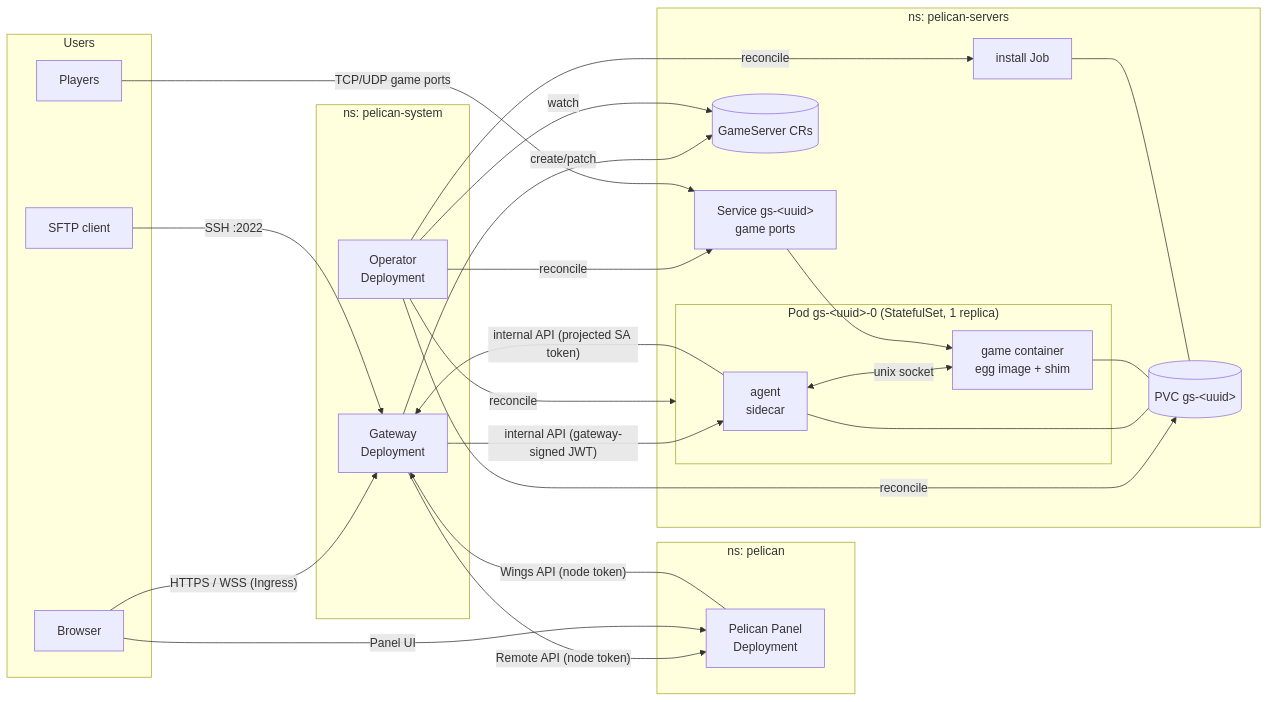
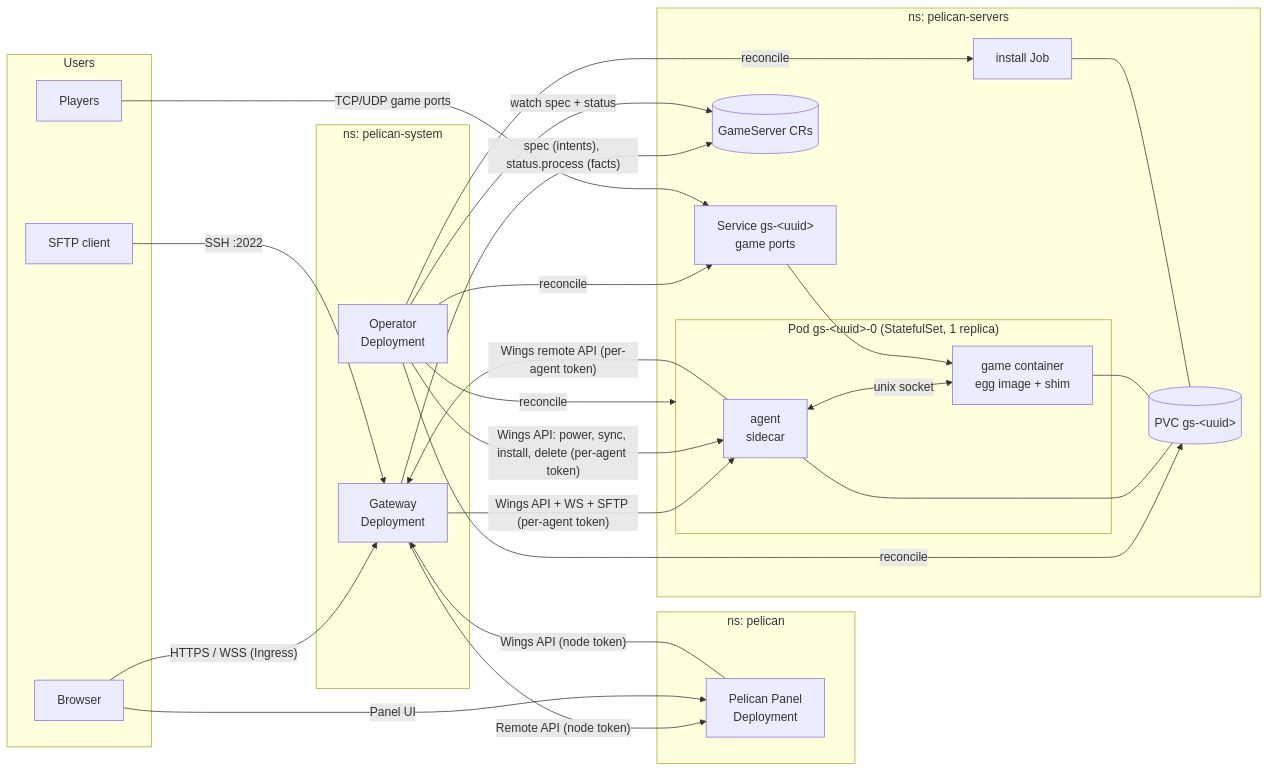
The first of 5 diagrams in ARCHITECTURE.md (Claiyc/pelican-k8s), drawn with Mermaid before and after one commit. The commit also changed other lines of this file and 1 other file, not shown here.

Commit message:
smaller upstream changes, process rules for operator

````diff
--- a/ARCHITECTURE.md
+++ b/ARCHITECTURE.md
@@ -102,46 +104,47 @@
 ```mermaid
 flowchart LR
   subgraph Users
     B[Browser]
     S[SFTP client]
     P[Players]
   end
 
   subgraph ns-panel["ns: pelican"]
     PANEL[Pelican Panel<br/>Deployment]
   end
 
   subgraph ns-system["ns: pelican-system"]
     GW[Gateway<br/>Deployment]
     OP[Operator<br/>Deployment]
   end
 
   subgraph ns-servers["ns: pelican-servers"]
     CR[(GameServer CRs)]
     subgraph POD["Pod gs-&lt;uuid&gt;-0 (StatefulSet, 1 replica)"]
       AG[agent<br/>sidecar]
       GM[game container<br/>egg image + shim]
     end
     PVC[(PVC gs-&lt;uuid&gt;)]
     SVC[Service gs-&lt;uuid&gt;<br/>game ports]
     JOB[install Job]
   end
 
   B -- "HTTPS / WSS (Ingress)" --> GW
   S -- "SSH :2022" --> GW
   PANEL -- "Wings API (node token)" --> GW
   GW -- "Remote API (node token)" --> PANEL
   B -- "Panel UI" --> PANEL
 
-  GW -- "internal API (gateway-signed JWT)" --> AG
-  AG -- "internal API (projected SA token)" --> GW
-  GW -- "create/patch" --> CR
-  OP -- "watch" --> CR
+  GW -- "Wings API + WS + SFTP (per-agent token)" --> AG
+  AG -- "Wings remote API (per-agent token)" --> GW
+  OP -- "Wings API: power, sync, install, delete (per-agent token)" --> AG
+  GW -- "spec (intents), status.process (facts)" --> CR
+  OP -- "watch spec + status" --> CR
   OP -- "reconcile" --> POD & PVC & SVC & JOB
 
   AG <-- "unix socket" --> GM
   AG --- PVC
   GM --- PVC
   JOB --- PVC
   P -- "TCP/UDP game ports" --> SVC --> GM
 ```
````
